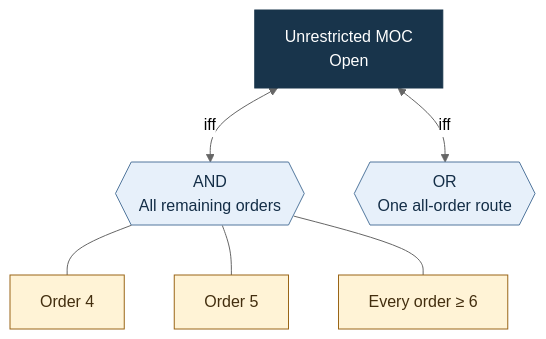
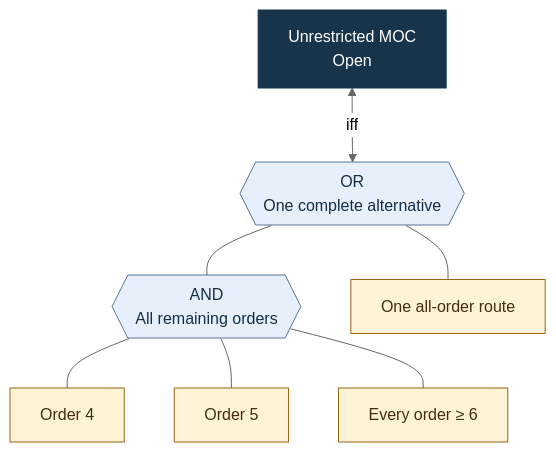
The first of 10 diagrams in Docs/all-orders-proof-map.md (ascendnoosphere/MOC), drawn with Mermaid (neutral theme) before and after one commit. The commit also changed other lines of this file and 12 other files, not shown here.

````diff
--- a/Docs/all-orders-proof-map.md
+++ b/Docs/all-orders-proof-map.md
@@ -34,19 +35,21 @@
 ```mermaid
 flowchart BT
     accTitle: The three proof goals
-    accDescr: The unrestricted conjecture is equivalent to the conjunction of order four, order five and every higher order starting at six. It is also equivalent to the disjunction of its registered routes.
+    accDescr: One all-order route suffices. The other option needs a complete route at each order from four on.
     M["Unrestricted MOC<br/>Open"]:::goal
-    Any{{"OR<br/>One all-order route"}}:::gate
+    Any{{"OR<br/>One complete alternative"}}:::gate
+    One["One all-order route"]:::open
     Split{{"AND<br/>All remaining orders"}}:::gate
     Four["Order 4"]:::open
     Five["Order 5"]:::open
     Higher["Every order ≥ 6"]:::open
     Four --- Split
     Five --- Split
     Higher --- Split
-    Split <-->|iff| M
+    Split --- Any
+    One --- Any
     Any <-->|iff| M
     classDef goal fill:#18344b,stroke:#18344b,color:#fff
     classDef gate fill:#e7f0fa,stroke:#52779d,color:#142e47
     classDef open fill:#fff3d6,stroke:#9a6516,color:#432e0f
 ```
````
